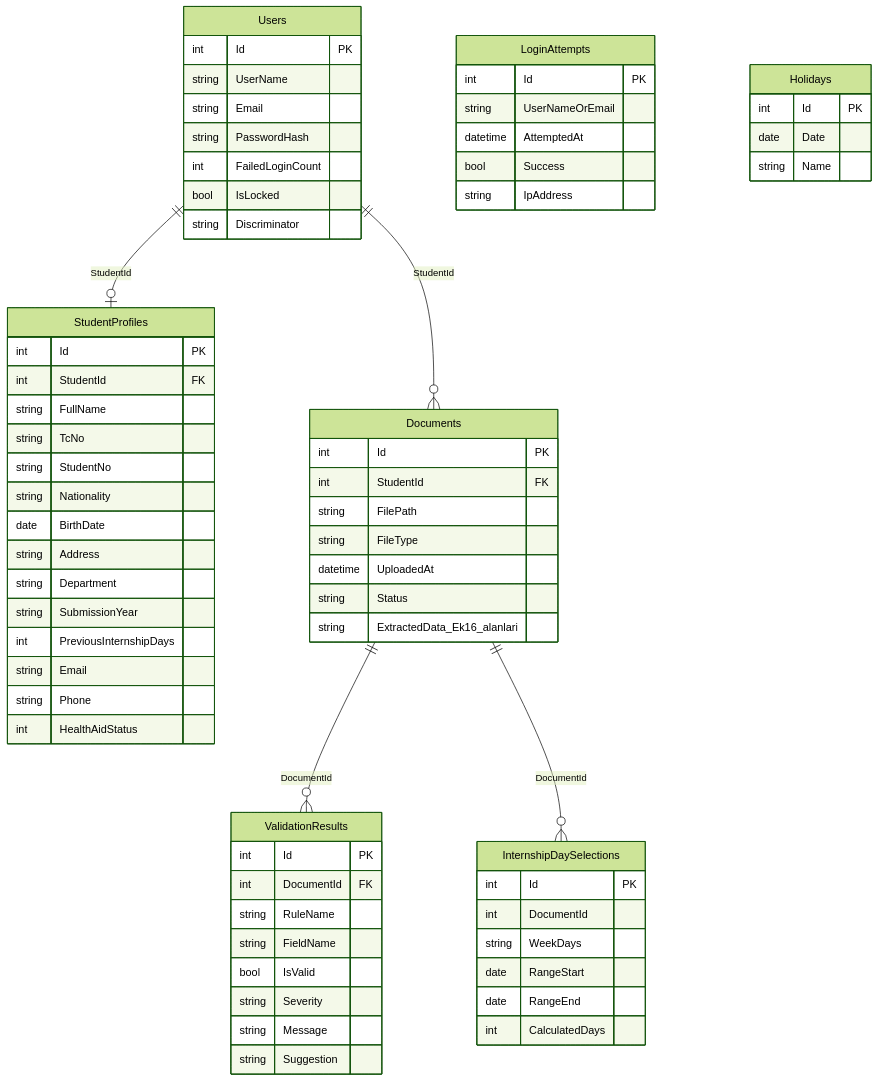
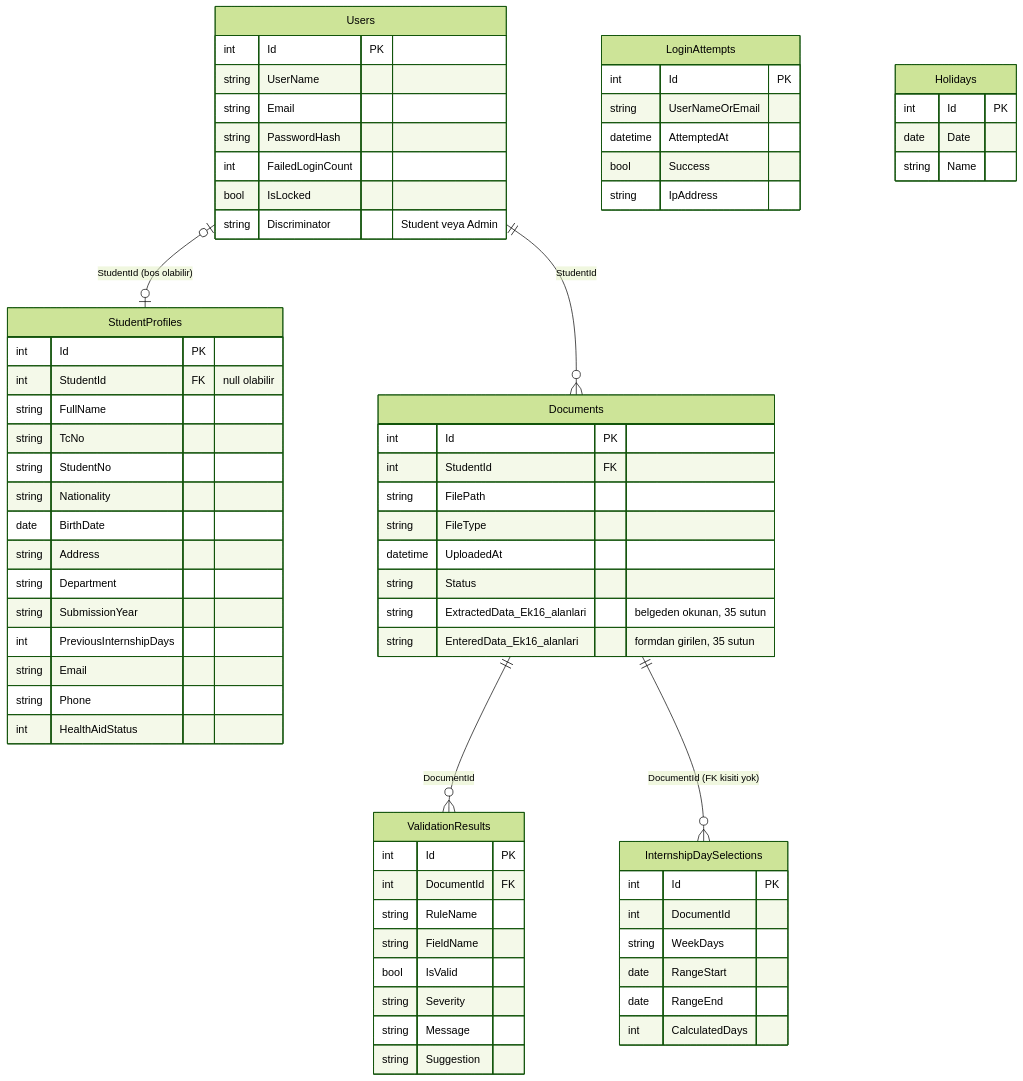
Before and after one commit to oyku2707/Prolab-3---Staj-Evrak-Dogrulama-ve-Yonetim-Sistemi: the diagram in Diyagramlar/er-diyagrami.md, drawn with Mermaid (forest theme). The commit also changed other lines of this file and 8 other files, not shown here.

````diff
--- a/Diyagramlar/er-diyagrami.md
+++ b/Diyagramlar/er-diyagrami.md
@@ -3,72 +5,73 @@
 ```mermaid
 erDiagram
-    Users ||--o| StudentProfiles : "StudentId"
+    Users |o--o| StudentProfiles : "StudentId (bos olabilir)"
     Users ||--o{ Documents : "StudentId"
     Documents ||--o{ ValidationResults : "DocumentId"
-    Documents ||--o{ InternshipDaySelections : "DocumentId"
+    Documents ||--o{ InternshipDaySelections : "DocumentId (FK kisiti yok)"
 
     Users {
         int Id PK
         string UserName
         string Email
         string PasswordHash
         int FailedLoginCount
         bool IsLocked
-        string Discriminator
+        string Discriminator "Student veya Admin"
     }
     StudentProfiles {
         int Id PK
-        int StudentId FK
+        int StudentId FK "null olabilir"
         string FullName
         string TcNo
         string StudentNo
         string Nationality
         date BirthDate
         string Address
         string Department
         string SubmissionYear
         int PreviousInternshipDays
         string Email
         string Phone
         int HealthAidStatus
     }
     Documents {
         int Id PK
         int StudentId FK
         string FilePath
         string FileType
         datetime UploadedAt
         string Status
-        string ExtractedData_Ek16_alanlari
+        string ExtractedData_Ek16_alanlari "belgeden okunan, 35 sutun"
+        string EnteredData_Ek16_alanlari "formdan girilen, 35 sutun"
     }
     ValidationResults {
         int Id PK
         int DocumentId FK
         string RuleName
         string FieldName
         bool IsValid
         string Severity
         string Message
         string Suggestion
     }
     InternshipDaySelections {
         int Id PK
         int DocumentId
         string WeekDays
         date RangeStart
         date RangeEnd
         int CalculatedDays
     }
     LoginAttempts {
         int Id PK
         string UserNameOrEmail
         datetime AttemptedAt
         bool Success
         string IpAddress
     }
     Holidays {
         int Id PK
         date Date
         string Name
     }
 ```
````
